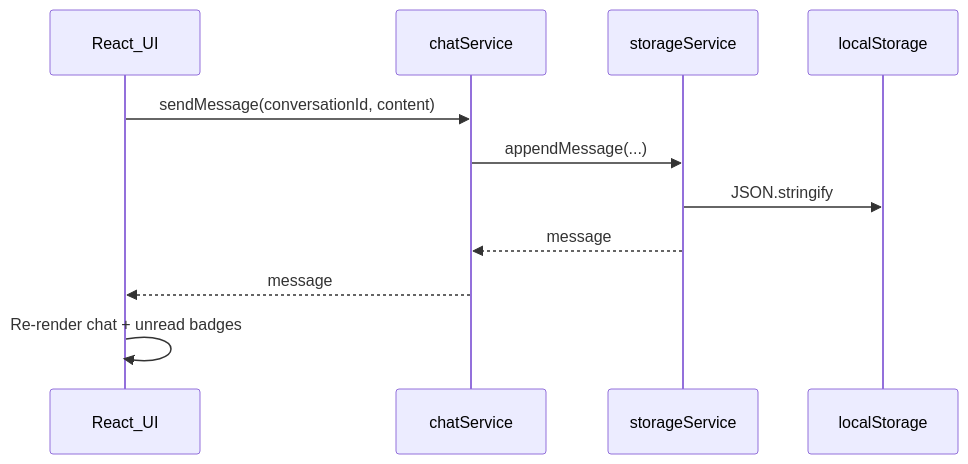
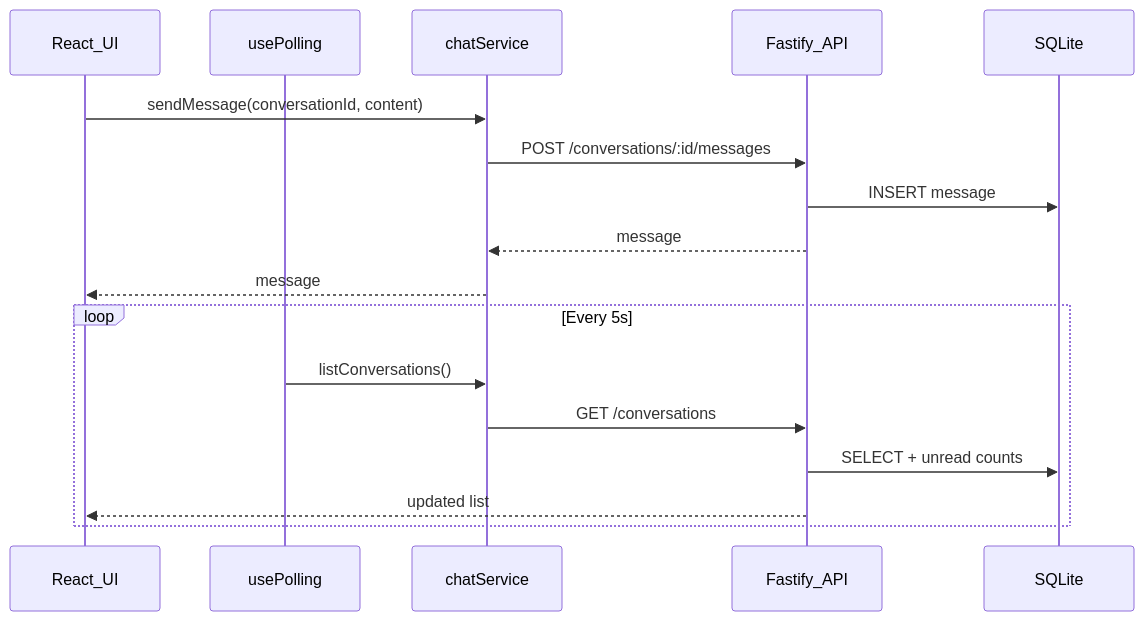
Before and after one commit to AINativeSchool/demo-school-chat: the third of 4 diagrams in TECHNICAL_DESIGN.md, drawn with Mermaid. The commit also changed other lines of this file and 76 other files, not shown here.

````diff
--- a/TECHNICAL_DESIGN.md
+++ b/TECHNICAL_DESIGN.md
@@ -240,14 +337,21 @@
 ```mermaid
 sequenceDiagram
   participant UI as React_UI
+  participant Poll as usePolling
   participant Chat as chatService
-  participant Store as storageService
-  participant LS as localStorage
+  participant API as Fastify_API
+  participant DB as SQLite
 
   UI->>Chat: sendMessage(conversationId, content)
-  Chat->>Store: appendMessage(...)
-  Store->>LS: JSON.stringify
-  Store-->>Chat: message
+  Chat->>API: POST /conversations/:id/messages
+  API->>DB: INSERT message
+  API-->>Chat: message
   Chat-->>UI: message
-  UI->>UI: Re-render chat + unread badges
+
+  loop Every 5s
+    Poll->>Chat: listConversations()
+    Chat->>API: GET /conversations
+    API->>DB: SELECT + unread counts
+    API-->>UI: updated list
+  end
 ```
````
